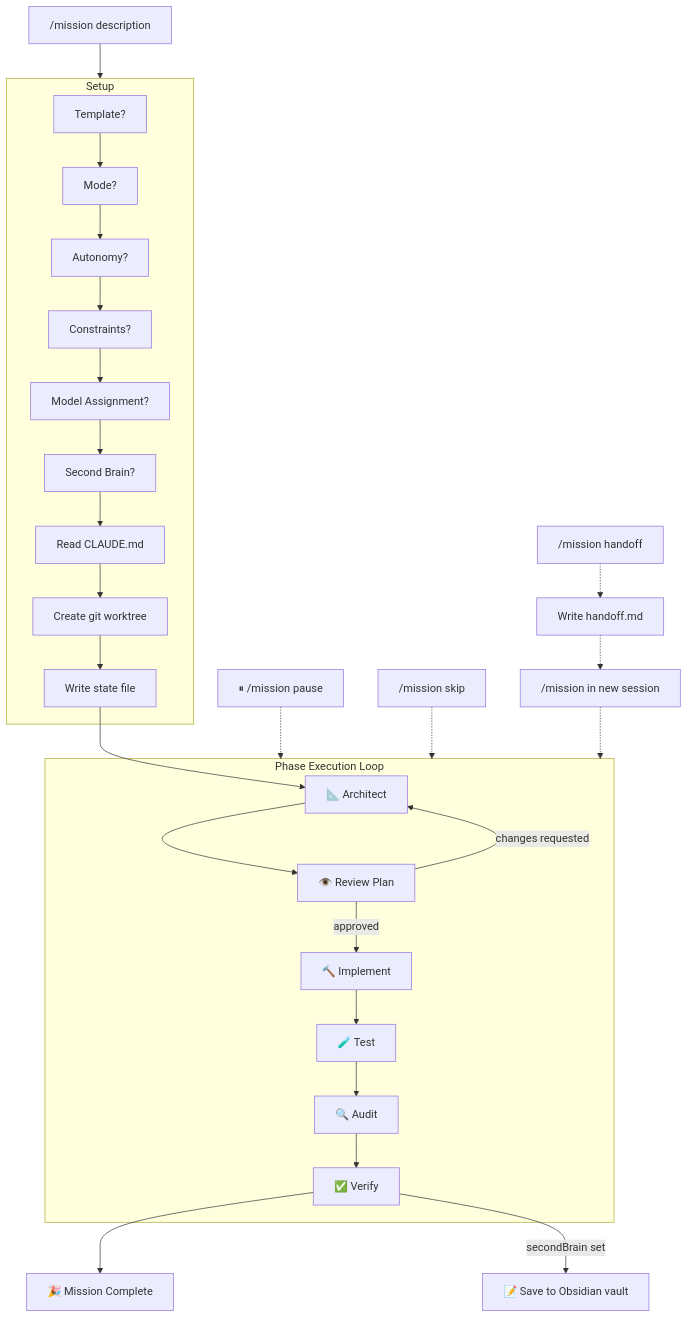
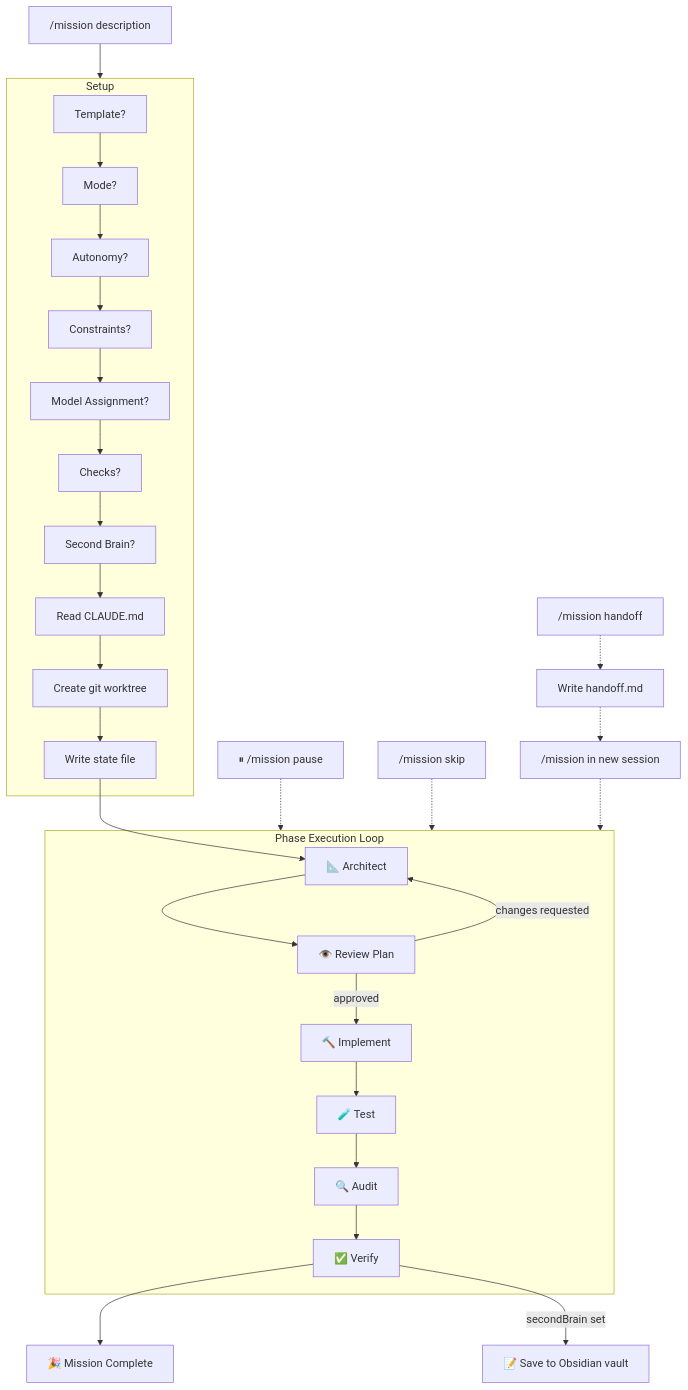
One commit to itisbryan/claude-missions changed the first of 5 diagrams in docs/architecture.md. Above: the diagram before and after it, drawn with Mermaid. The commit also changed other lines of this file and 6 other files, not shown here.

````diff
--- a/docs/architecture.md
+++ b/docs/architecture.md
@@ -5,35 +5,36 @@
 ```mermaid
 flowchart TD
     Start["/mission description"] --> Setup
 
     subgraph Setup["Setup"]
         Q1[Template?] --> Q2[Mode?]
         Q2 --> Q3[Autonomy?]
         Q3 --> Q4[Constraints?]
         Q4 --> Q5[Model Assignment?]
-        Q5 --> Q6[Second Brain?]
-        Q6 --> ReadClaude[Read CLAUDE.md]
+        Q5 --> Q6[Checks?]
+        Q6 --> Q7[Second Brain?]
+        Q7 --> ReadClaude[Read CLAUDE.md]
         ReadClaude --> Worktree[Create git worktree]
         Worktree --> State[Write state file]
     end
 
     State --> Phase1
 
     subgraph Phases["Phase Execution Loop"]
         Phase1["📐 Architect"] --> Phase2["👁️ Review Plan"]
         Phase2 -->|approved| Phase3["🔨 Implement"]
         Phase3 --> Phase4["🧪 Test"]
         Phase4 --> Phase5["🔍 Audit"]
         Phase5 --> Phase6["✅ Verify"]
     end
 
     Phase2 -->|changes requested| Phase1
     Phase6 --> Done["🎉 Mission Complete"]
     Phase6 -->|secondBrain set| Vault["📝 Save to Obsidian vault"]
 
     Pause["⏸ /mission pause"] -.-> Phases
     Skip["/mission skip"] -.-> Phases
     Handoff["/mission handoff"] -.-> HandoffDoc["Write handoff.md"]
     HandoffDoc -.-> NewSession["/mission in new session"]
     NewSession -.-> Phases
 ```
````
